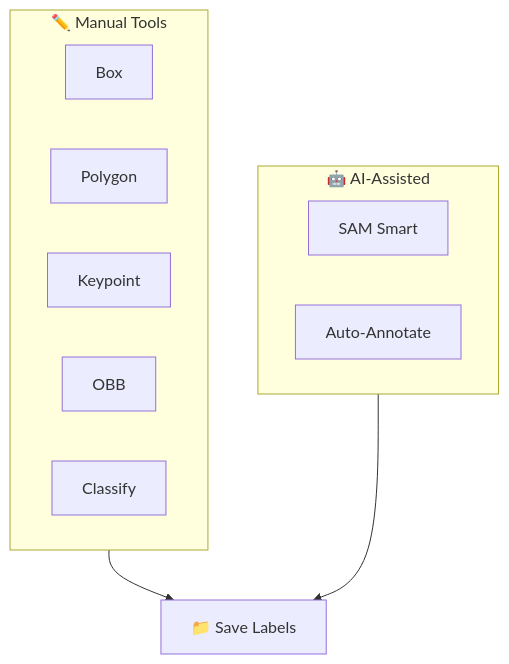
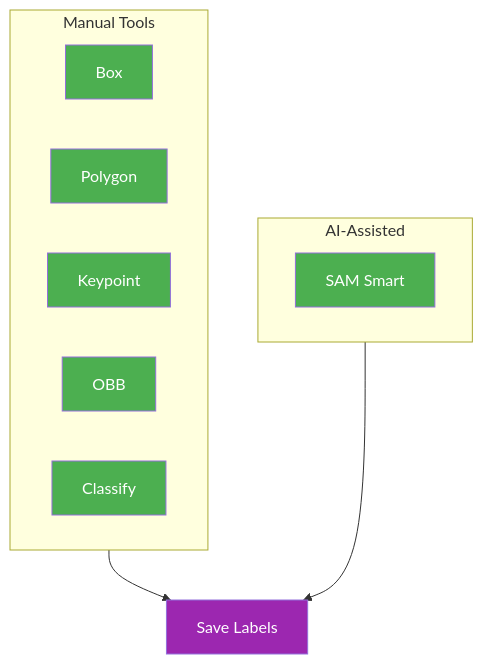
The first of 3 diagrams in docs/en/platform/data/annotation.md (shashankktiwarii3/ultralytics2), drawn with Mermaid before and after one commit. The commit also changed other lines of this file and 930 other files, not shown here.

````diff
--- a/docs/en/platform/data/annotation.md
+++ b/docs/en/platform/data/annotation.md
@@ -13,11 +13,14 @@
 ```mermaid
 graph TB
-    subgraph Manual["✏️ Manual Tools"]
-        A[Box] & B[Polygon] & C[Keypoint] & D[OBB] & E[Classify]
+    subgraph Manual["Manual Tools"]
+        A[Box]:::start & B[Polygon]:::start & C[Keypoint]:::start & D[OBB]:::start & E[Classify]:::start
     end
-    subgraph AI["🤖 AI-Assisted"]
-        F[SAM Smart] & G[Auto-Annotate]
+    subgraph AI["AI-Assisted"]
+        F[SAM Smart]:::start
     end
-    Manual --> H[📁 Save Labels]
+    Manual --> H[Save Labels]:::out
     AI --> H
+
+    classDef start fill:#4CAF50,color:#fff
+    classDef out fill:#9C27B0,color:#fff
 ```
````
